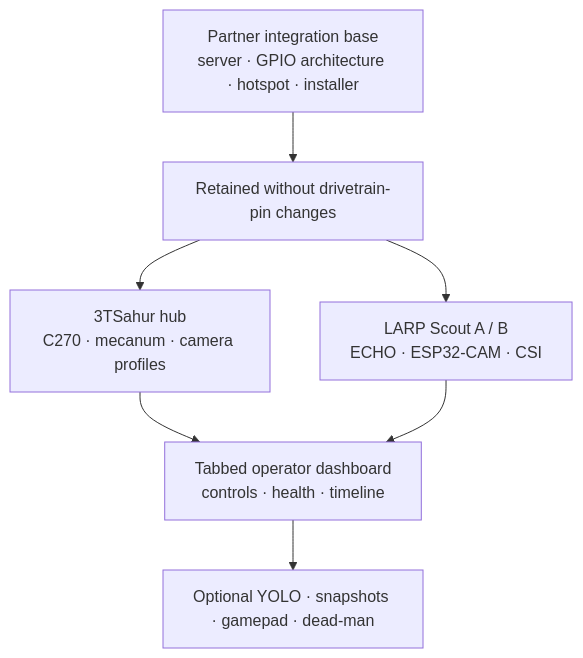
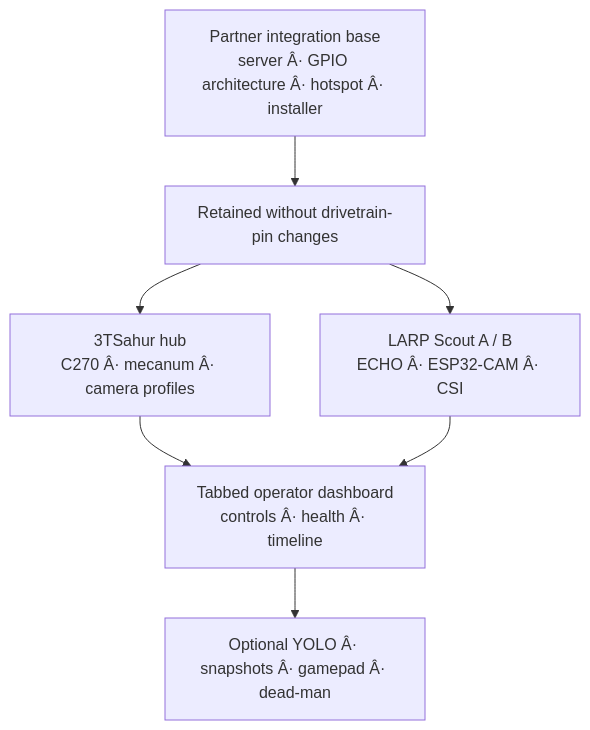
One commit to william-thompsonthe1st/STEM-Research-Academy changed the third of 3 diagrams in README.md. Above: the diagram before and after it, drawn with Mermaid. The commit also changed other lines of this file, not shown here.

Commit message:
Document LARP camera integration

````diff
--- a/README.md
+++ b/README.md
@@ -108,9 +108,9 @@
 ```mermaid
 flowchart TB
-    Base["Partner integration base\nserver · GPIO architecture · hotspot · installer"] --> Retained["Retained without drivetrain-pin changes"]
-    Retained --> Hub["3TSahur hub\nC270 · mecanum · camera profiles"]
-    Retained --> Scouts["LARP Scout A / B\nECHO · ESP32-CAM · CSI"]
-    Hub --> Dashboard["Tabbed operator dashboard\ncontrols · health · timeline"]
+    Base["Partner integration base\nserver Â· GPIO architecture Â· hotspot Â· installer"] --> Retained["Retained without drivetrain-pin changes"]
+    Retained --> Hub["3TSahur hub\nC270 Â· mecanum Â· camera profiles"]
+    Retained --> Scouts["LARP Scout A / B\nECHO Â· ESP32-CAM Â· CSI"]
+    Hub --> Dashboard["Tabbed operator dashboard\ncontrols Â· health Â· timeline"]
     Scouts --> Dashboard
-    Dashboard --> Optional["Optional YOLO · snapshots · gamepad · dead-man"]
+    Dashboard --> Optional["Optional YOLO Â· snapshots Â· gamepad Â· dead-man"]
 ```
````
